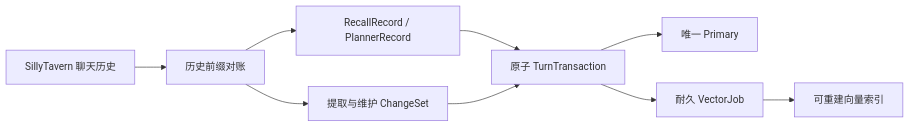
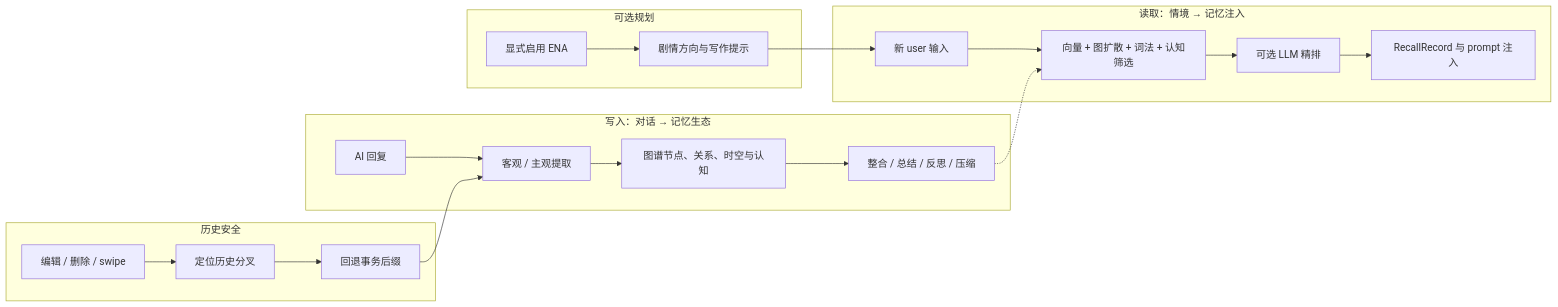
One commit to Youzini-afk/ST-Bionic-Memory-Ecology changed the diagram in README.md. Above: the diagram before and after it, drawn with Mermaid. The commit also changed other lines of this file and 1 other file, not shown here.

````diff
--- a/README.md
+++ b/README.md
@@ -35,11 +96,27 @@
 ```mermaid
 flowchart LR
-    A["SillyTavern 聊天历史"] --> B["历史前缀对账"]
-    B --> C["RecallRecord / PlannerRecord"]
-    B --> D["提取与维护 ChangeSet"]
-    C --> E["原子 TurnTransaction"]
-    D --> E
-    E --> F["唯一 Primary"]
-    E --> G["耐久 VectorJob"]
-    G --> H["可重建向量索引"]
+    subgraph Write["写入：对话 → 记忆生态"]
+        A["AI 回复"] --> B["客观 / 主观提取"]
+        B --> C["图谱节点、关系、时空与认知"]
+        C --> D["整合 / 总结 / 反思 / 压缩"]
+    end
+
+    subgraph Read["读取：情境 → 记忆注入"]
+        E["新 user 输入"] --> F["向量 + 图扩散 + 词法 + 认知筛选"]
+        F --> G["可选 LLM 精排"]
+        G --> H["RecallRecord 与 prompt 注入"]
+    end
+
+    subgraph Plan["可选规划"]
+        I["显式启用 ENA"] --> J["剧情方向与写作提示"]
+        J --> E
+    end
+
+    subgraph Safe["历史安全"]
+        K["编辑 / 删除 / swipe"] --> L["定位历史分叉"]
+        L --> M["回退事务后缀"]
+        M --> B
+    end
+
+    D -.-> F
 ```
````
